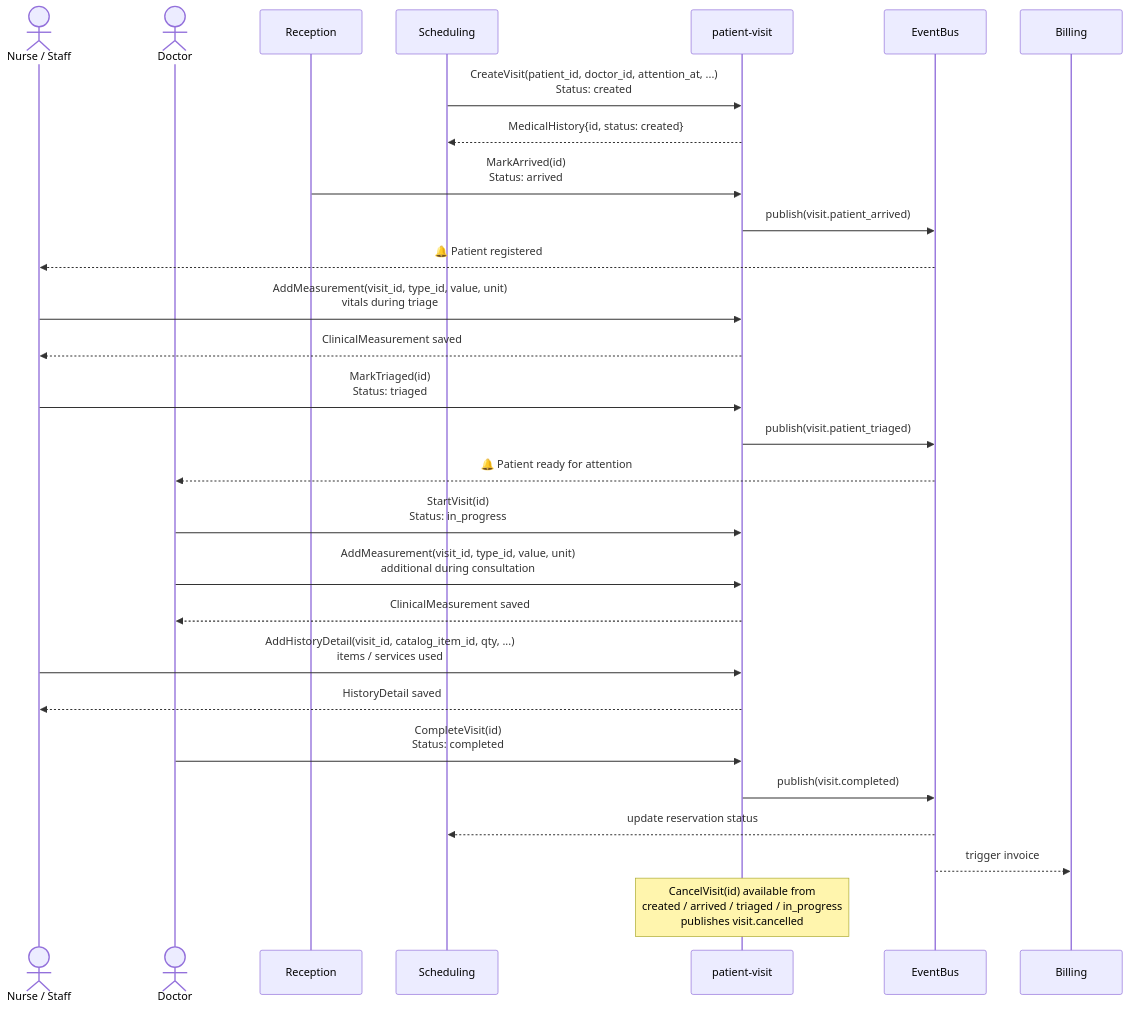
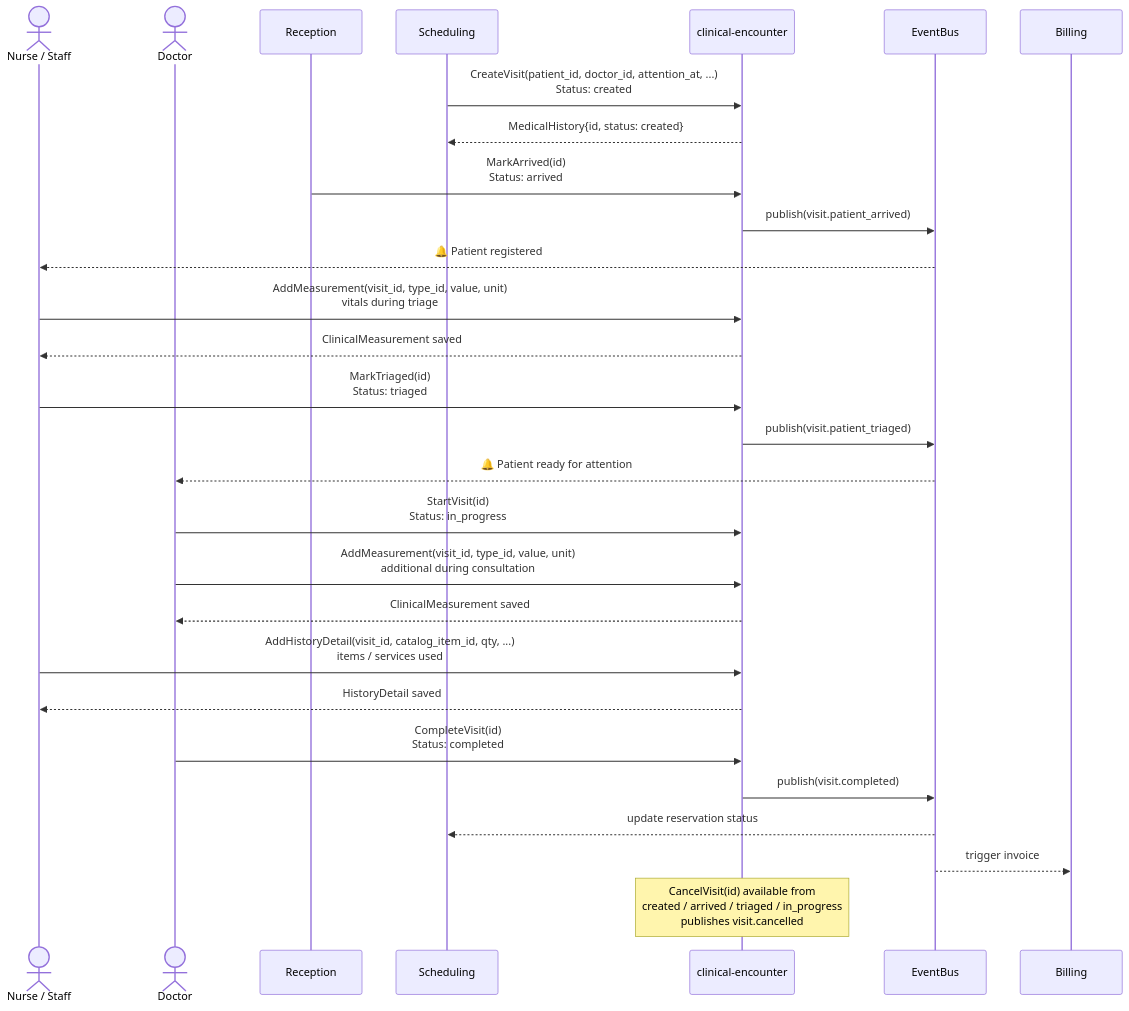
Before and after one commit to veltylabs/clinical-encounter: the diagram in docs/diagrams/sequence_visit_flow.md, drawn with Mermaid. The commit also changed 28 other files, not shown here.

Commit message:
refactor: rename repository to clinical-encounter and clean docs

````diff
--- a/docs/diagrams/sequence_visit_flow.md
+++ b/docs/diagrams/sequence_visit_flow.md
@@ -1,38 +1,38 @@
 ```mermaid
 sequenceDiagram
     actor Nurse as Nurse / Staff
     actor Doctor
     participant Reception
     participant Scheduling
-    participant patient-visit
+    participant clinical-encounter
     participant EventBus
 
-    Scheduling->>patient-visit: CreateVisit(patient_id, doctor_id, attention_at, ...)<br/>Status: created
-    patient-visit-->>Scheduling: MedicalHistory{id, status: created}
+    Scheduling->>clinical-encounter: CreateVisit(patient_id, doctor_id, attention_at, ...)<br/>Status: created
+    clinical-encounter-->>Scheduling: MedicalHistory{id, status: created}
 
-    Reception->>patient-visit: MarkArrived(id)<br/>Status: arrived
-    patient-visit->>EventBus: publish(visit.patient_arrived)
+    Reception->>clinical-encounter: MarkArrived(id)<br/>Status: arrived
+    clinical-encounter->>EventBus: publish(visit.patient_arrived)
     EventBus-->>Nurse: 🔔 Patient registered
 
-    Nurse->>patient-visit: AddMeasurement(visit_id, type_id, value, unit)<br/>vitals during triage
-    patient-visit-->>Nurse: ClinicalMeasurement saved
+    Nurse->>clinical-encounter: AddMeasurement(visit_id, type_id, value, unit)<br/>vitals during triage
+    clinical-encounter-->>Nurse: ClinicalMeasurement saved
 
-    Nurse->>patient-visit: MarkTriaged(id)<br/>Status: triaged
-    patient-visit->>EventBus: publish(visit.patient_triaged)
+    Nurse->>clinical-encounter: MarkTriaged(id)<br/>Status: triaged
+    clinical-encounter->>EventBus: publish(visit.patient_triaged)
     EventBus-->>Doctor: 🔔 Patient ready for attention
 
-    Doctor->>patient-visit: StartVisit(id)<br/>Status: in_progress
+    Doctor->>clinical-encounter: StartVisit(id)<br/>Status: in_progress
 
-    Doctor->>patient-visit: AddMeasurement(visit_id, type_id, value, unit)<br/>additional during consultation
-    patient-visit-->>Doctor: ClinicalMeasurement saved
+    Doctor->>clinical-encounter: AddMeasurement(visit_id, type_id, value, unit)<br/>additional during consultation
+    clinical-encounter-->>Doctor: ClinicalMeasurement saved
 
-    Nurse->>patient-visit: AddHistoryDetail(visit_id, catalog_item_id, qty, ...)<br/>items / services used
-    patient-visit-->>Nurse: HistoryDetail saved
+    Nurse->>clinical-encounter: AddHistoryDetail(visit_id, catalog_item_id, qty, ...)<br/>items / services used
+    clinical-encounter-->>Nurse: HistoryDetail saved
 
-    Doctor->>patient-visit: CompleteVisit(id)<br/>Status: completed
-    patient-visit->>EventBus: publish(visit.completed)
+    Doctor->>clinical-encounter: CompleteVisit(id)<br/>Status: completed
+    clinical-encounter->>EventBus: publish(visit.completed)
     EventBus-->>Scheduling: update reservation status
     EventBus-->>Billing: trigger invoice
 
-    note over patient-visit: CancelVisit(id) available from<br/>created / arrived / triaged / in_progress<br/>publishes visit.cancelled
+    note over clinical-encounter: CancelVisit(id) available from<br/>created / arrived / triaged / in_progress<br/>publishes visit.cancelled
 ```
````
